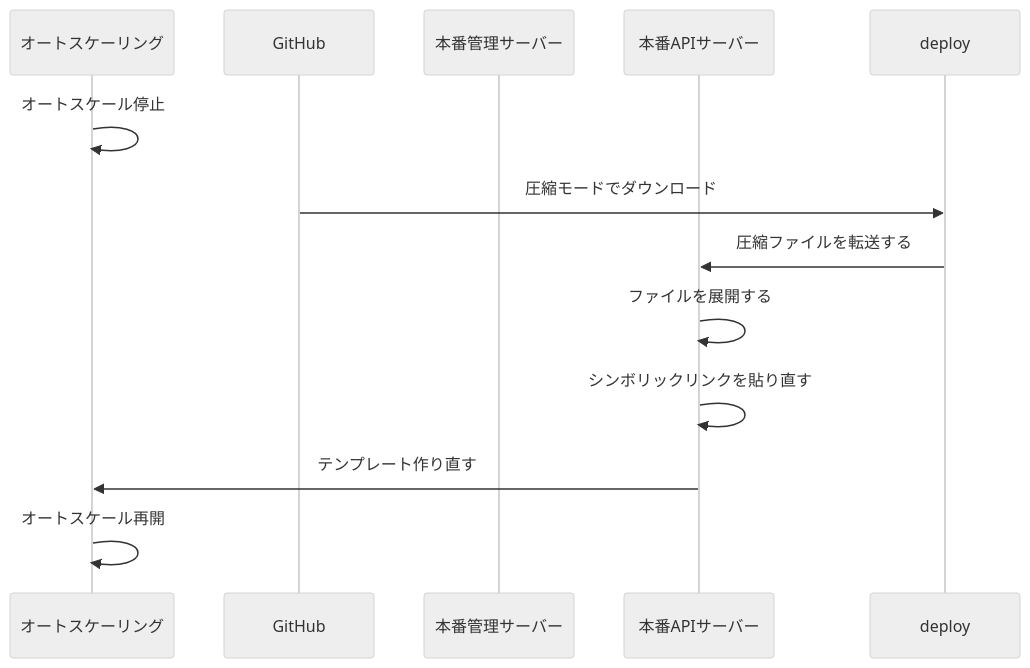
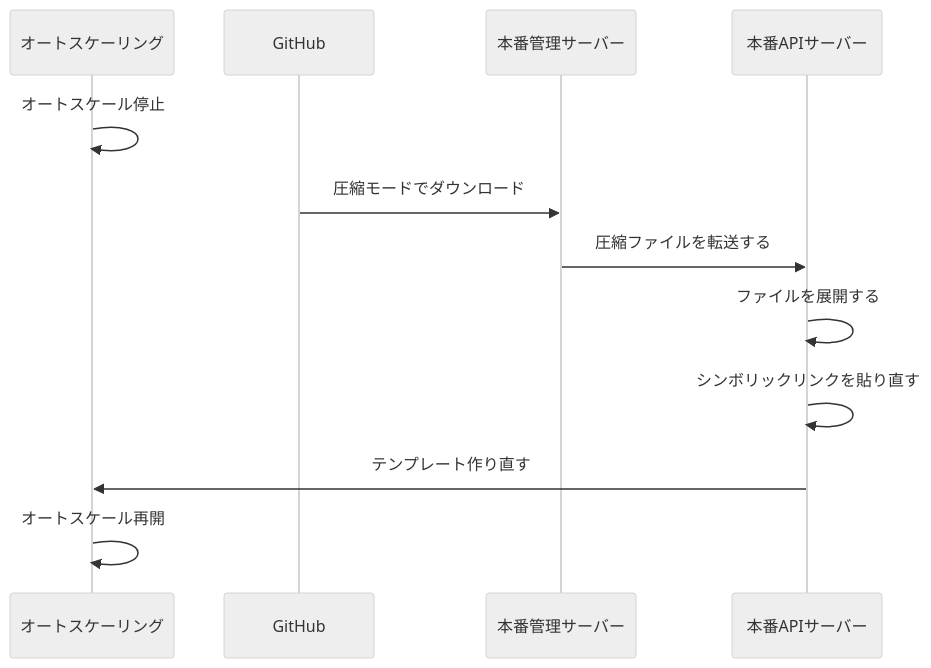
One commit to g2-orimo-yusuke/training changed the diagram in mermaid.md. Above: the diagram before and after it, drawn with Mermaid (neutral theme).

````diff
--- a/mermaid.md
+++ b/mermaid.md
@@ -1,15 +1,15 @@
 ``` mermaid
 sequenceDiagram
     participant autoscale as オートスケーリング
     participant github as GitHub
     participant prod-admin as 本番管理サーバー
     participant api as 本番APIサーバー
 
     autoscale->>autoscale: オートスケール停止
-    github->>deploy: 圧縮モードでダウンロード
-    deploy->>api: 圧縮ファイルを転送する
+    github->>prod-admin: 圧縮モードでダウンロード
+    prod-admin->>api: 圧縮ファイルを転送する
     api->>api: ファイルを展開する
     api->>api: シンボリックリンクを貼り直す
     api->>autoscale: テンプレート作り直す
     autoscale->>autoscale: オートスケール再開
 ```
````
